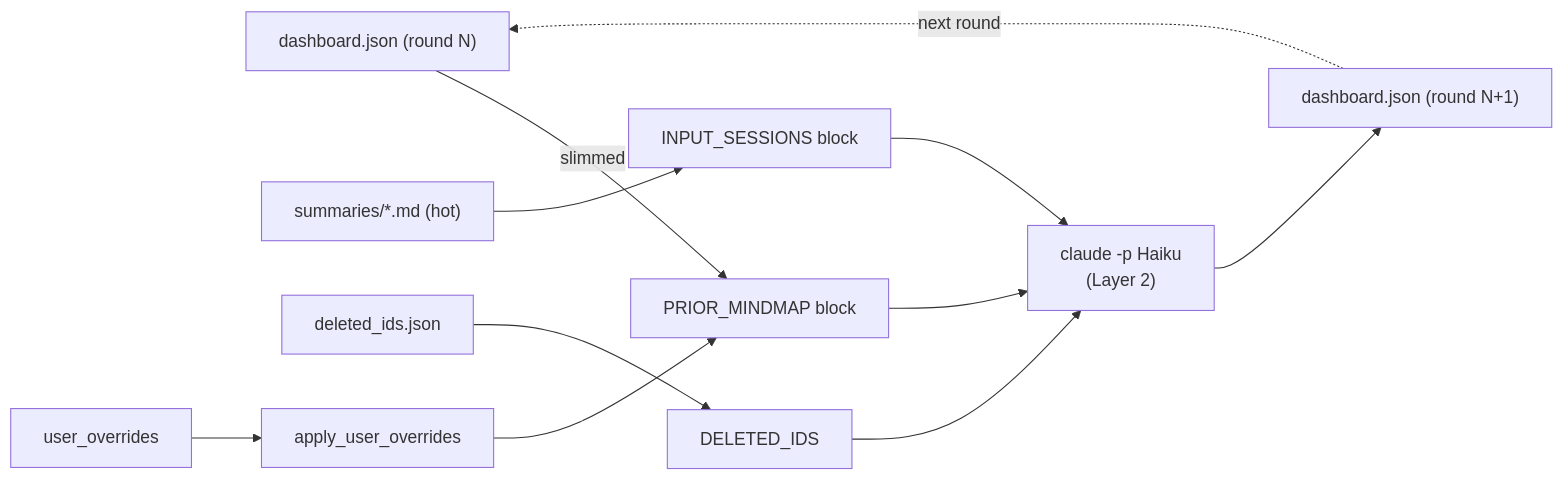
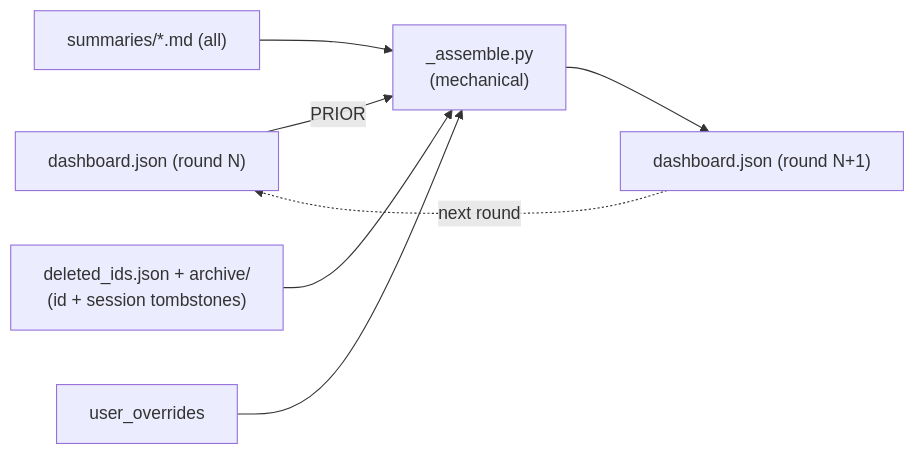
Before and after one commit to Icesource/claude-stray: the seventh of 8 diagrams in docs/ARCHITECTURE.md, drawn with Mermaid. The commit also changed other lines of this file and 12 other files, not shown here.

````diff
--- a/docs/ARCHITECTURE.md
+++ b/docs/ARCHITECTURE.md
@@ -451,11 +466,9 @@
 ```mermaid
 flowchart LR
-    A["dashboard.json (round N)"] -->|slimmed| B["PRIOR_MINDMAP block"]
-    C["summaries/*.md (hot)"] --> D["INPUT_SESSIONS block"]
-    E["deleted_ids.json"] --> F["DELETED_IDS"]
-    O["user_overrides"] --> Merge["apply_user_overrides"]
-    Merge --> B
-    B & D & F --> G["claude -p Haiku<br/>(Layer 2)"]
+    A["dashboard.json (round N)"] -->|PRIOR| G["_assemble.py<br/>(mechanical)"]
+    C["summaries/*.md (all)"] --> G
+    E["deleted_ids.json + archive/<br/>(id + session tombstones)"] --> G
+    O["user_overrides"] --> G
     G --> H["dashboard.json (round N+1)"]
     H -.->|next round| A
 ```
````
